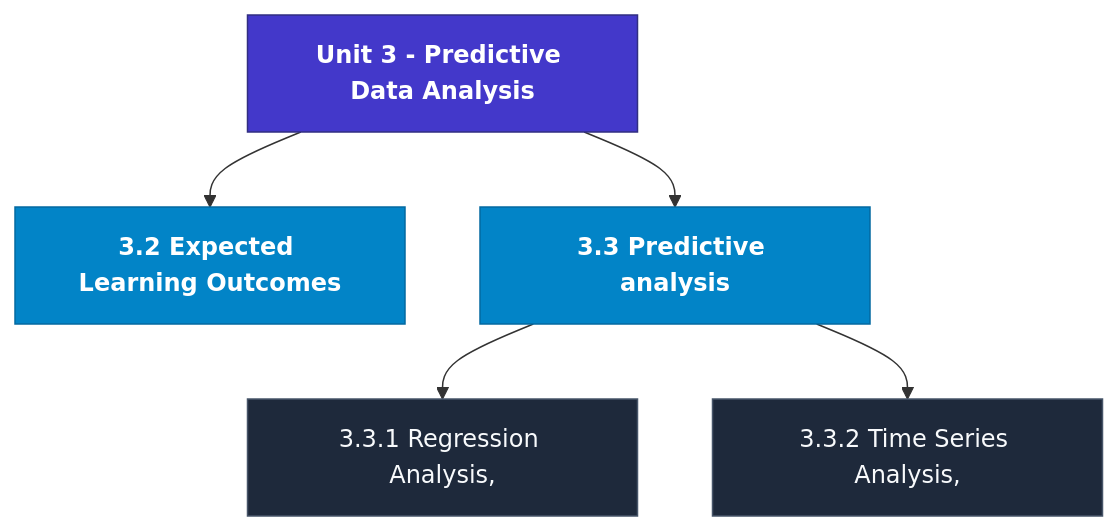
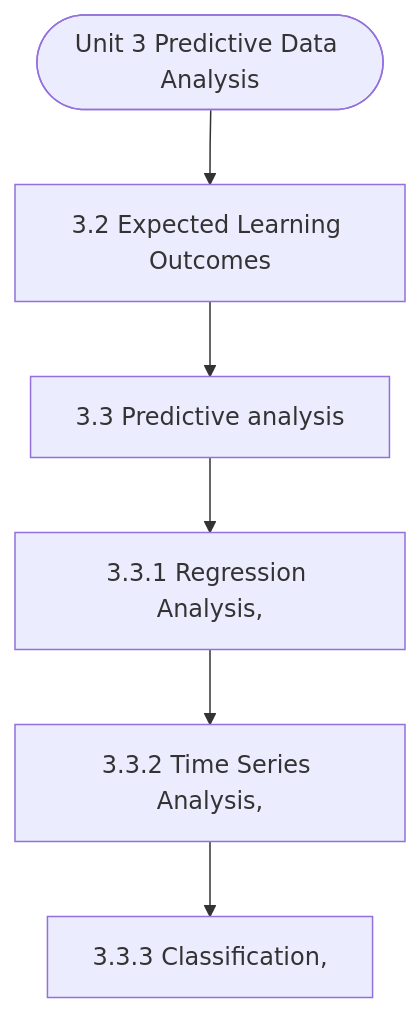
Before and after one commit to Asutosh-Coaching/mscdsa: the diagram in notes/Semester_2/MCS-068_Predictive_Data_Analysis/unit_03_Predictive_Data_Analysis.md, drawn with Mermaid. The commit also changed other lines of this file and 115 other files, not shown here.

Commit message:
Fix Mermaid layout for mobile, isolate LaTeX delimiters, and add GitHub Pages reader

````diff
--- a/notes/Semester_2/MCS-068_Predictive_Data_Analysis/unit_03_Predictive_Data_Analysis.md
+++ b/notes/Semester_2/MCS-068_Predictive_Data_Analysis/unit_03_Predictive_Data_Analysis.md
@@ -19,17 +19,14 @@
 ```mermaid
 flowchart TD
-  %% Styling Definitions
-  classDef head fill:#4338ca,stroke:#312e81,color:#ffffff,font-weight:bold;
-  classDef topic fill:#0284c7,stroke:#0369a1,color:#ffffff,font-weight:600;
-  classDef sub fill:#1e293b,stroke:#475569,color:#f8fafc;
-
-  Root["Unit 3 - Predictive Data Analysis"]:::head
-  M1["3.2 Expected Learning Outcomes"]:::topic
-  Root --> M1
-  M2["3.3 Predictive analysis"]:::topic
-  Root --> M2
-  M2_1["3.3.1 Regression Analysis,"]:::sub
-  M2 --> M2_1
-  M2_2["3.3.2 Time Series Analysis,"]:::sub
-  M2 --> M2_2
+  Start(["Unit 3 Predictive Data Analysis"])
+  N1["3.2 Expected Learning Outcomes"]
+  N2["3.3 Predictive analysis"]
+  N3["3.3.1 Regression Analysis,"]
+  N4["3.3.2 Time Series Analysis,"]
+  N5["3.3.3 Classification,"]
+  Start --> N1
+  N1 --> N2
+  N2 --> N3
+  N3 --> N4
+  N4 --> N5
 ```
````
